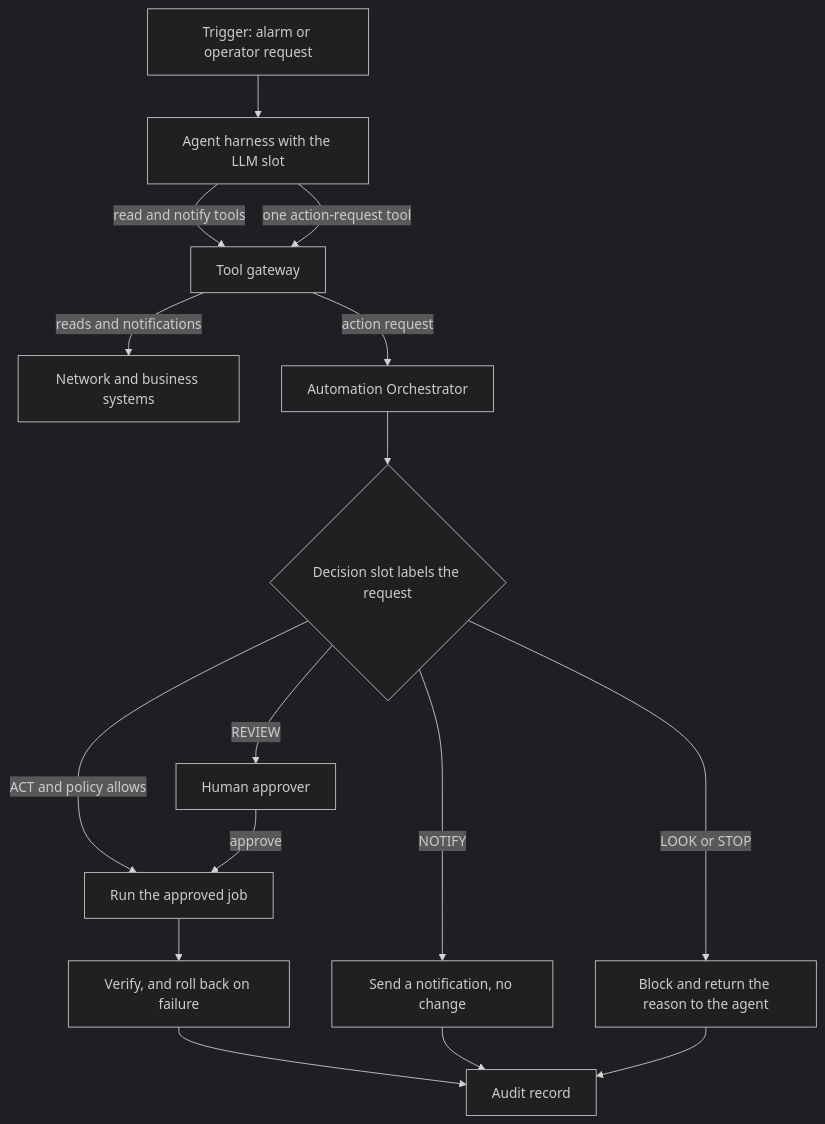
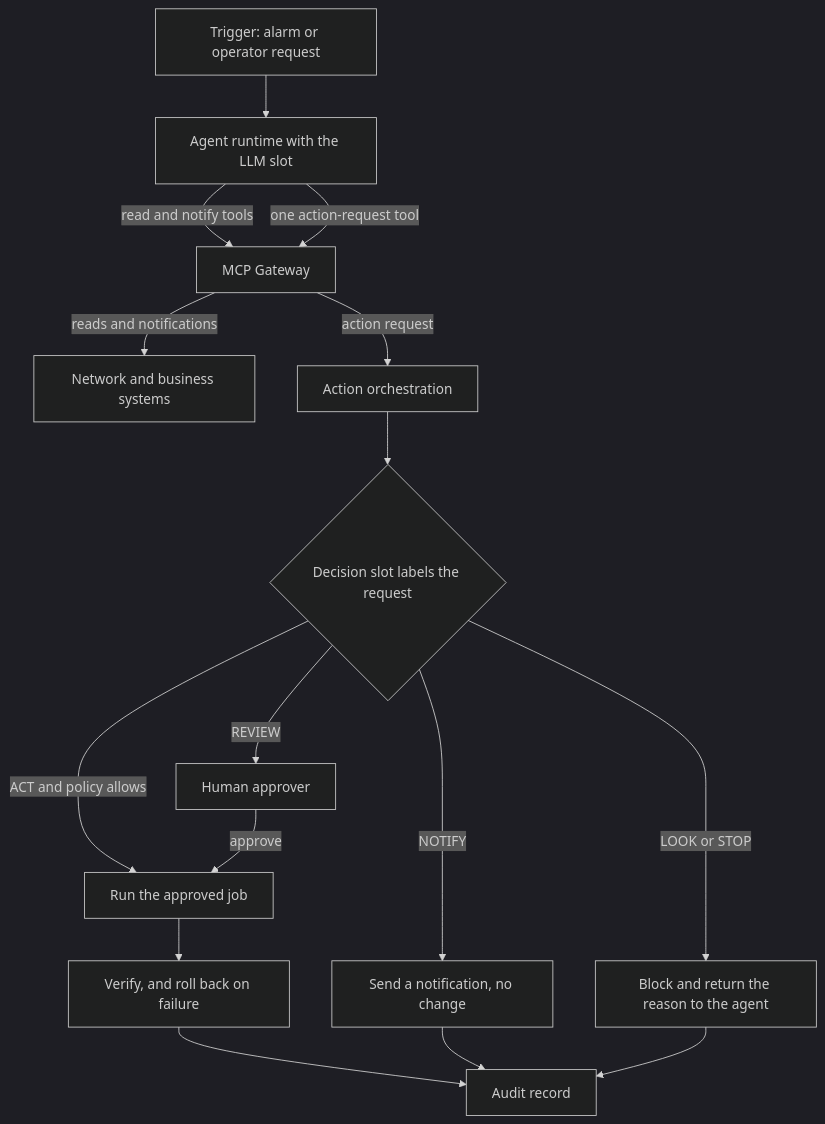
The second of 2 diagrams in architecture/index.md (ravisharma5/otel-telco-blueprints), drawn with Mermaid (dark theme) before and after one commit. The commit also changed other lines of this file and 5 other files, not shown here.

First line of the commit message:
docs(architecture): name layers and capabilities instead of codes and products

````diff
--- a/architecture/index.md
+++ b/architecture/index.md
@@ -91,18 +91,18 @@
 ```mermaid
 flowchart TD
-  T["Trigger: alarm or operator request"] --> AG["Agent harness with the LLM slot"]
-  AG -- "read and notify tools" --> TG["Tool gateway"]
+  T["Trigger: alarm or operator request"] --> AG["Agent runtime with the LLM slot"]
+  AG -- "read and notify tools" --> TG["MCP Gateway"]
   AG -- "one action-request tool" --> TG
   TG -- "reads and notifications" --> SYS["Network and business systems"]
-  TG -- "action request" --> AO["Automation Orchestrator"]
+  TG -- "action request" --> AO["Action orchestration"]
   AO --> DG{"Decision slot labels the request"}
   DG -- "ACT and policy allows" --> EX["Run the approved job"]
   DG -- "REVIEW" --> HU["Human approver"]
   HU -- "approve" --> EX
   DG -- "NOTIFY" --> NO["Send a notification, no change"]
   DG -- "LOOK or STOP" --> BL["Block and return the reason to the agent"]
   EX --> VR["Verify, and roll back on failure"]
   VR --> AU["Audit record"]
   NO --> AU
   BL --> AU
 ```
````
